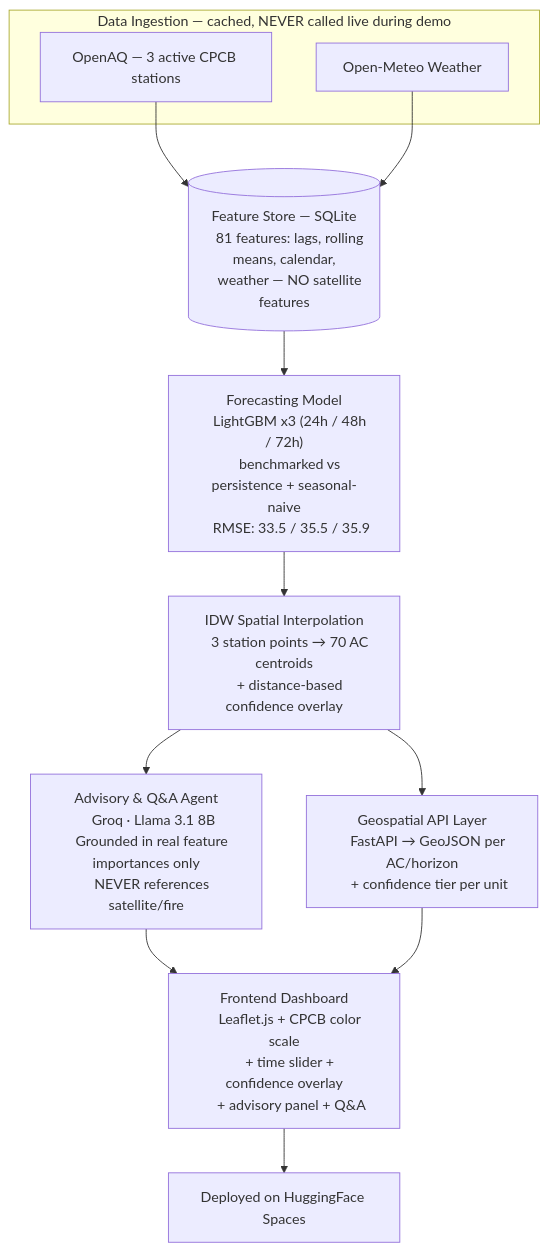
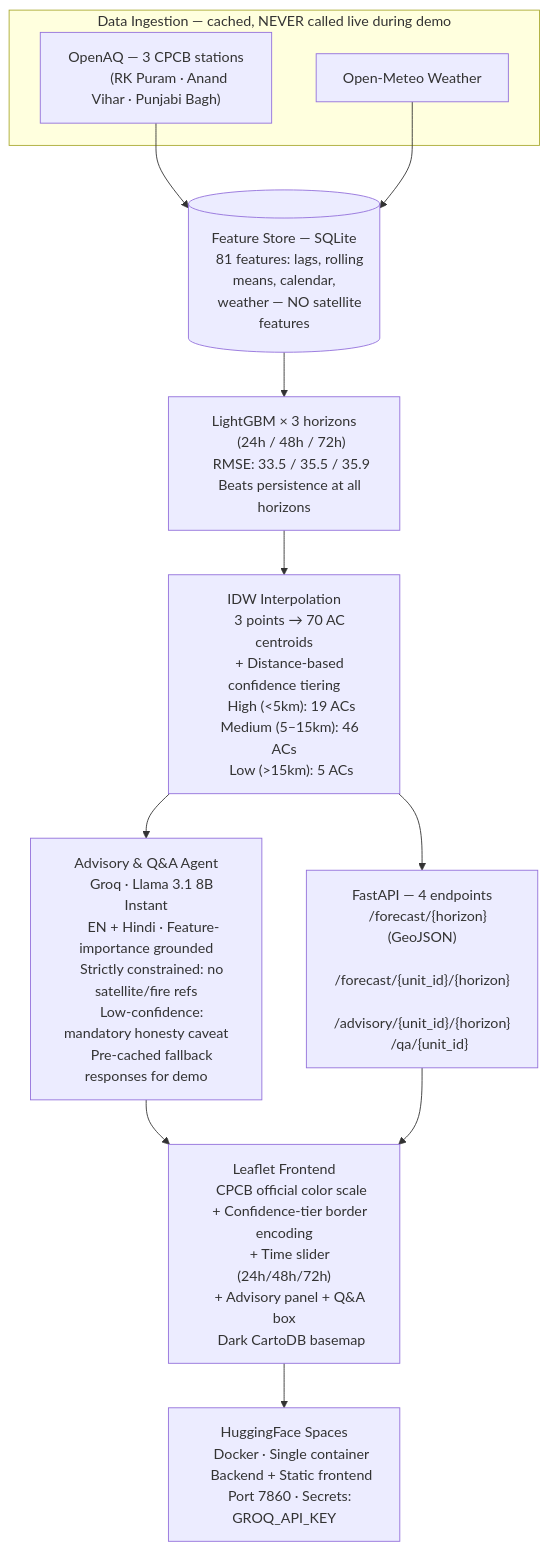
One commit to rohitdecodes/VayuDrishti changed the first of 2 diagrams in README.md. Above: the diagram before and after it, drawn with Mermaid. The commit also changed other lines of this file and 9 other files, not shown here.

Commit message:
Phase 3: Frontend, Docker, fallbacks, ward->constituency sweep

````diff
--- a/README.md
+++ b/README.md
@@ -112,32 +112,45 @@
 ```mermaid
 flowchart TD
     subgraph ING["Data Ingestion — cached, NEVER called live during demo"]
-        A1["OpenAQ — 3 active CPCB stations"]
+        A1["OpenAQ — 3 CPCB stations
+        (RK Puram · Anand Vihar · Punjabi Bagh)"]
         A2["Open-Meteo Weather"]
     end
     A1 --> FS
     A2 --> FS
     FS[("Feature Store — SQLite
     81 features: lags, rolling means, calendar,
     weather — NO satellite features")]
-    FS --> MODEL["Forecasting Model
-    LightGBM x3 (24h / 48h / 72h)
-    benchmarked vs persistence + seasonal-naive
-    RMSE: 33.5 / 35.5 / 35.9"]
-    MODEL --> IDW["IDW Spatial Interpolation
-    3 station points → 70 AC centroids
-    + distance-based confidence overlay"]
+    FS --> MODEL["LightGBM × 3 horizons
+    (24h / 48h / 72h)
+    RMSE: 33.5 / 35.5 / 35.9
+    Beats persistence at all horizons"]
+    MODEL --> IDW["IDW Interpolation
+    3 points → 70 AC centroids
+    + Distance-based confidence tiering
+    High (<5km): 19 ACs
+    Medium (5–15km): 46 ACs
+    Low (>15km): 5 ACs"]
     IDW --> AGENT["Advisory & Q&A Agent
-    Groq · Llama 3.1 8B
-    Grounded in real feature importances only
-    NEVER references satellite/fire"]
-    IDW --> API["Geospatial API Layer
-    FastAPI → GeoJSON per AC/horizon
-    + confidence tier per unit"]
-    AGENT --> FE["Frontend Dashboard
-    Leaflet.js + CPCB color scale
-    + time slider + confidence overlay
-    + advisory panel + Q&A"]
+    Groq · Llama 3.1 8B Instant
+    EN + Hindi · Feature-importance grounded
+    Strictly constrained: no satellite/fire refs
+    Low-confidence: mandatory honesty caveat
+    Pre-cached fallback responses for demo"]
+    IDW --> API["FastAPI — 4 endpoints
+    /forecast/{horizon} (GeoJSON)
+    /forecast/{unit_id}/{horizon}
+    /advisory/{unit_id}/{horizon}
+    /qa/{unit_id}"]
+    AGENT --> FE["Leaflet Frontend
+    CPCB official color scale
+    + Confidence-tier border encoding
+    + Time slider (24h/48h/72h)
+    + Advisory panel + Q&A box
+    Dark CartoDB basemap"]
     API --> FE
-    FE --> DEPLOY["Deployed on HuggingFace Spaces"]
+    FE --> DEPLOY["HuggingFace Spaces
+    Docker · Single container
+    Backend + Static frontend
+    Port 7860 · Secrets: GROQ_API_KEY"]
 ```
````
